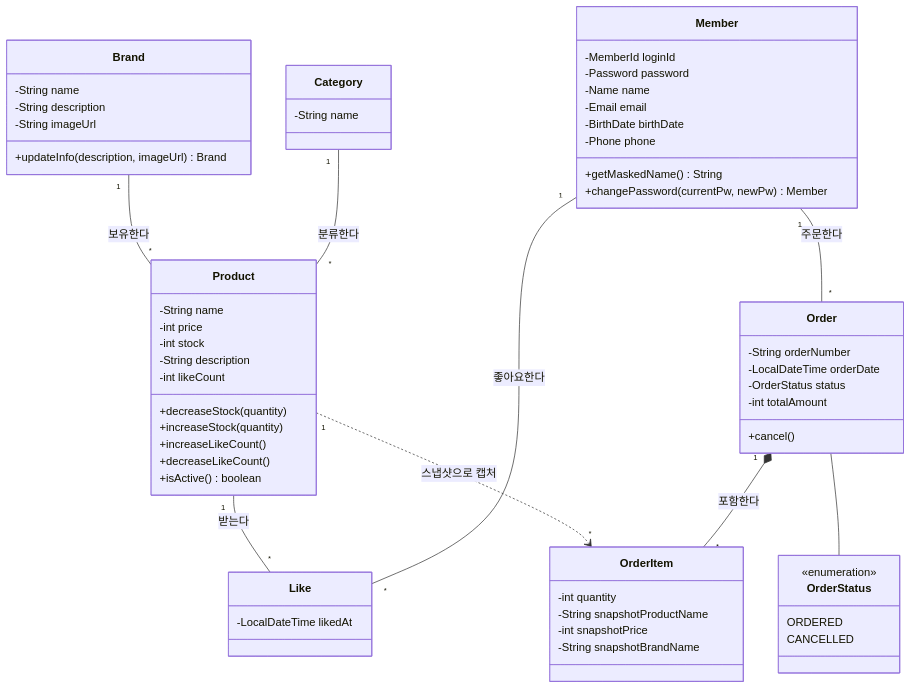
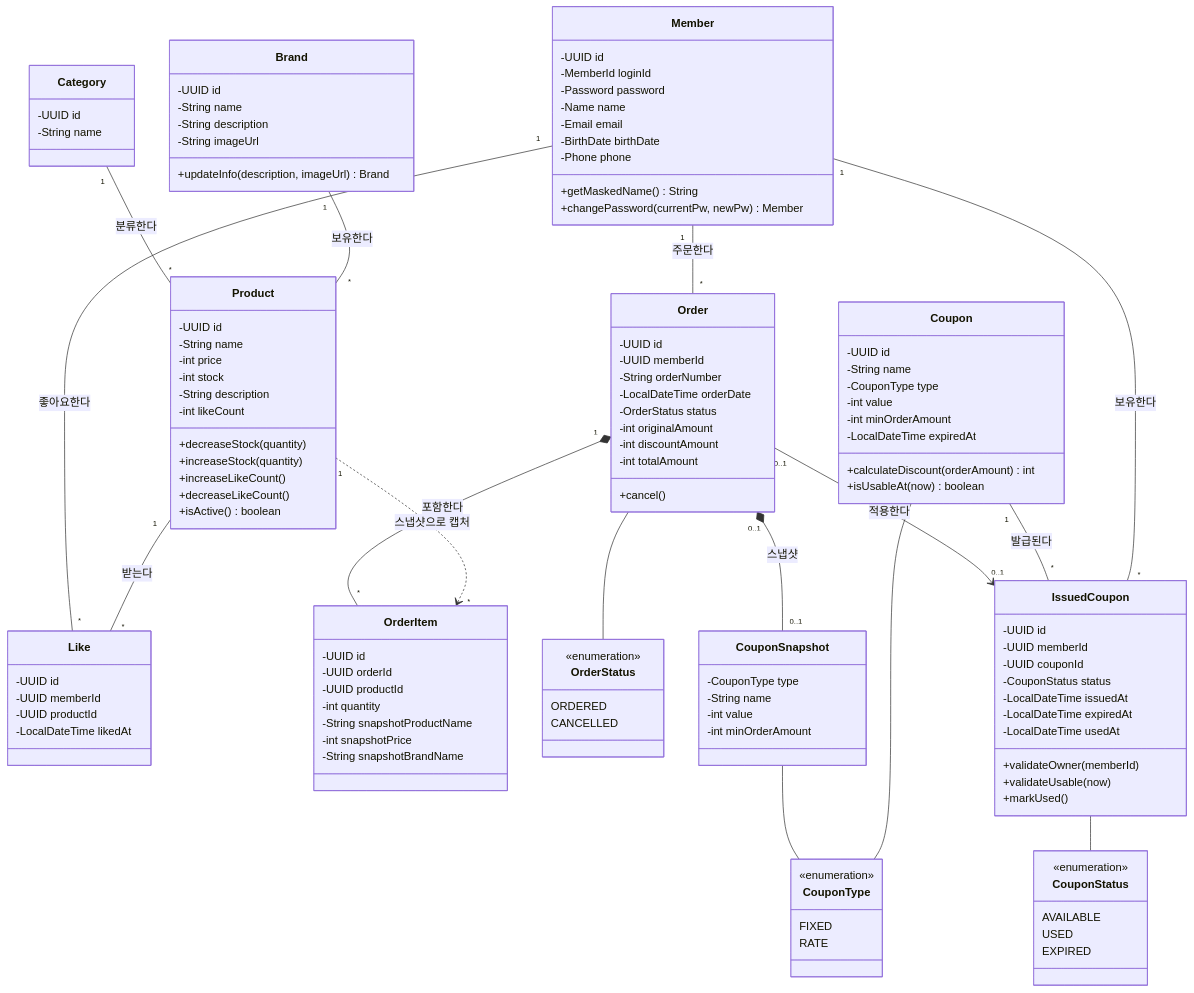
One commit to Loopers-dev-lab/loop-pack-be-l2-vol3-java changed the diagram in docs/design/03-class-diagram.md. Above: the diagram before and after it, drawn with Mermaid. The commit also changed other lines of this file and 5 other files, not shown here.

````diff
--- a/docs/design/03-class-diagram.md
+++ b/docs/design/03-class-diagram.md
@@ -7,6 +7,7 @@
 ```mermaid
 classDiagram
     class Brand {
+        -UUID id
         -String name
         -String description
         -String imageUrl
@@ -14,10 +15,12 @@
     }
 
     class Category {
+        -UUID id
         -String name
     }
 
     class Product {
+        -UUID id
         -String name
         -int price
         -int stock
@@ -31,10 +34,14 @@
     }
 
     class Like {
+        -UUID id
+        -UUID memberId
+        -UUID productId
         -LocalDateTime likedAt
     }
 
     class Member {
+        -UUID id
         -MemberId loginId
         -Password password
         -Name name
@@ -46,14 +53,21 @@
     }
 
     class Order {
+        -UUID id
+        -UUID memberId
         -String orderNumber
         -LocalDateTime orderDate
         -OrderStatus status
+        -int originalAmount
+        -int discountAmount
         -int totalAmount
         +cancel()
     }
 
     class OrderItem {
+        -UUID id
+        -UUID orderId
+        -UUID productId
         -int quantity
         -String snapshotProductName
         -int snapshotPrice
@@ -66,12 +80,63 @@
         CANCELLED
     }
 
+    class Coupon {
+        -UUID id
+        -String name
+        -CouponType type
+        -int value
+        -int minOrderAmount
+        -LocalDateTime expiredAt
+        +calculateDiscount(orderAmount) int
+        +isUsableAt(now) boolean
+    }
+
+    class IssuedCoupon {
+        -UUID id
+        -UUID memberId
+        -UUID couponId
+        -CouponStatus status
+        -LocalDateTime issuedAt
+        -LocalDateTime expiredAt
+        -LocalDateTime usedAt
+        +validateOwner(memberId)
+        +validateUsable(now)
+        +markUsed()
+    }
+
+    class CouponSnapshot {
+        -CouponType type
+        -String name
+        -int value
+        -int minOrderAmount
+    }
+
+    class CouponType {
+        <<enumeration>>
+        FIXED
+        RATE
+    }
+
+    class CouponStatus {
+        <<enumeration>>
+        AVAILABLE
+        USED
+        EXPIRED
+    }
+
     Brand "1" -- "*" Product : 보유한다
     Category "1" -- "*" Product : 분류한다
     Product "1" -- "*" Like : 받는다
     Product "1" ..> "*" OrderItem : 스냅샷으로 캡처
     Member "1" -- "*" Like : 좋아요한다
     Member "1" -- "*" Order : 주문한다
+    Member "1" -- "*" IssuedCoupon : 보유한다
+    Coupon "1" -- "*" IssuedCoupon : 발급된다
+    Order "0..1" --> "0..1" IssuedCoupon : 적용한다
+    Order "0..1" *-- "0..1" CouponSnapshot : 스냅샷
     Order "1" *-- "*" OrderItem : 포함한다
     Order -- OrderStatus
+    Coupon -- CouponType
+    IssuedCoupon -- CouponStatus
+    CouponSnapshot -- CouponType
 ```
````
